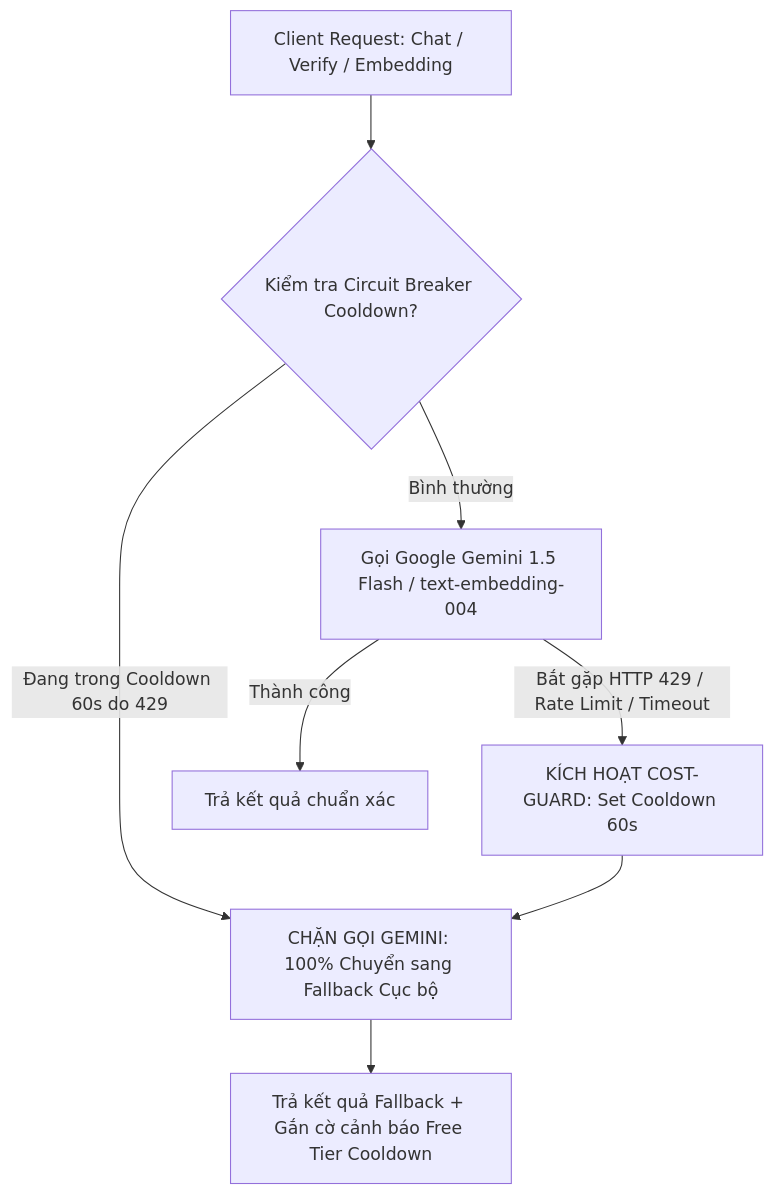
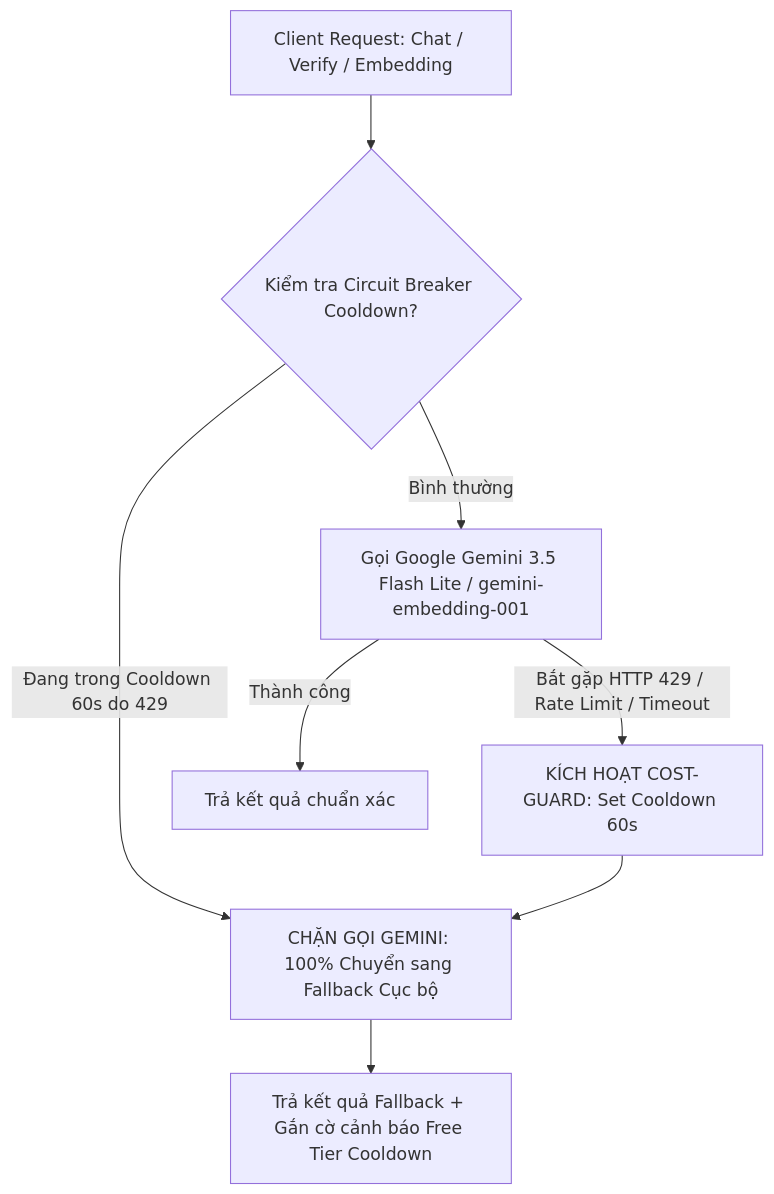
One commit to BapVitHoang/smartdesk-ai changed the first of 3 diagrams in implementation_plan_smartdesk_ai_upgrade.md. Above: the diagram before and after it, drawn with Mermaid. The commit also changed other lines of this file and 14 other files, not shown here.

````diff
--- a/implementation_plan_smartdesk_ai_upgrade.md
+++ b/implementation_plan_smartdesk_ai_upgrade.md
@@ -43,10 +43,10 @@
 ```mermaid
 flowchart TD
     REQ[Client Request: Chat / Verify / Embedding] --> CB{Kiểm tra Circuit Breaker Cooldown?}
     CB -- Đang trong Cooldown 60s do 429 --> FB[CHẶN GỌI GEMINI: 100% Chuyển sang Fallback Cục bộ]
-    CB -- Bình thường --> API[Gọi Google Gemini 1.5 Flash / text-embedding-004]
+    CB -- Bình thường --> API[Gọi Google Gemini 3.5 Flash Lite / gemini-embedding-001]
     API -- Thành công --> RES[Trả kết quả chuẩn xác]
     API -- Bắt gặp HTTP 429 / Rate Limit / Timeout --> ACT[KÍCH HOẠT COST-GUARD: Set Cooldown 60s]
     ACT --> FB
     FB --> WARN[Trả kết quả Fallback + Gắn cờ cảnh báo Free Tier Cooldown]
 ```
````
